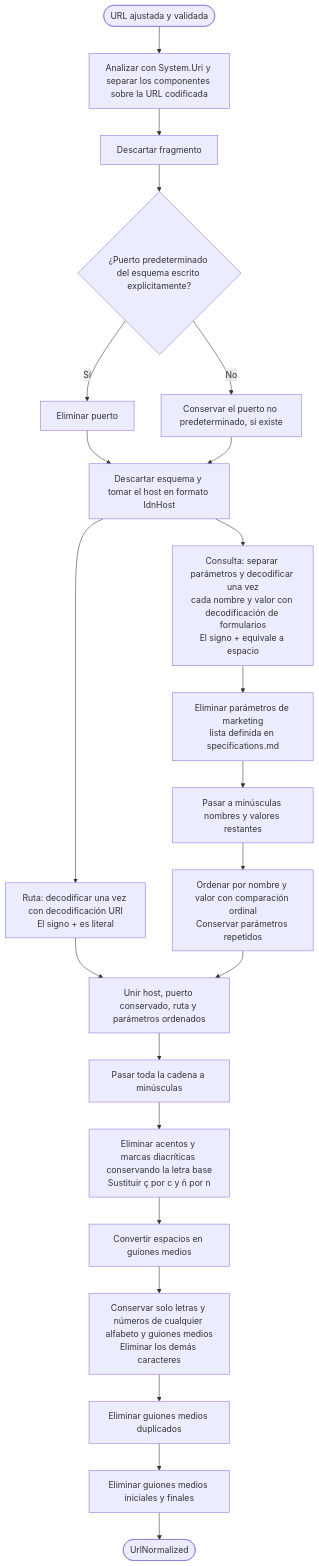
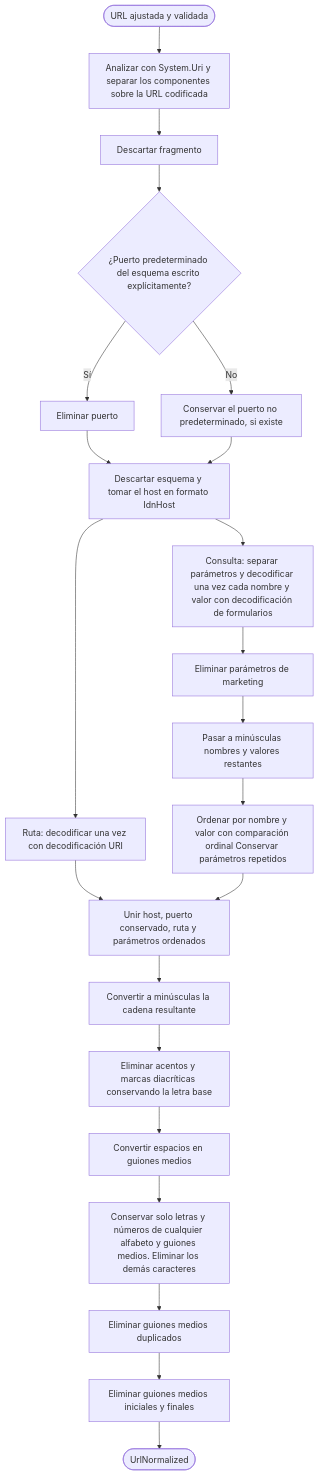
One commit to DaveSoftDev/Linkubator changed the diagram in context/diagrams/process-url-normalization.md. Above: the diagram before and after it, drawn with Mermaid. The commit also changed 29 other files, not shown here.

````diff
--- a/context/diagrams/process-url-normalization.md
+++ b/context/diagrams/process-url-normalization.md
@@ -5,32 +5,32 @@
 ```mermaid
 flowchart TD
     start([URL ajustada y validada])
     parse["Analizar con System.Uri y separar los componentes sobre la URL codificada"]
     fragment["Descartar fragmento"]
     portChoice{"¿Puerto predeterminado del esquema escrito explícitamente?"}
     discardPort["Eliminar puerto"]
     keepPort["Conservar el puerto no predeterminado, si existe"]
     structure["Descartar esquema y tomar el host en formato IdnHost"]
-    path["Ruta: decodificar una vez con decodificación URI<br/>El signo + es literal"]
-    query["Consulta: separar parámetros y decodificar una vez<br/>cada nombre y valor con decodificación de formularios<br/>El signo + equivale a espacio"]
-    removeMarketing["Eliminar parámetros de marketing<br/>lista definida en specifications.md"]
+    path["Ruta: decodificar una vez con decodificación URI"]
+    query["Consulta: separar parámetros y decodificar una vez cada nombre y valor con decodificación de formularios"]
+    removeMarketing["Eliminar parámetros de marketing"]
     lowercaseParams["Pasar a minúsculas nombres y valores restantes"]
-    sortParams["Ordenar por nombre y valor con comparación ordinal<br/>Conservar parámetros repetidos"]
+    sortParams["Ordenar por nombre y valor con comparación ordinal Conservar parámetros repetidos"]
     combine["Unir host, puerto conservado, ruta y parámetros ordenados"]
-    lowercaseAll["Pasar toda la cadena a minúsculas"]
-    accents["Eliminar acentos y marcas diacríticas conservando la letra base<br/>Sustituir ç por c y ñ por n"]
+    lowercaseUrl["Convertir a minúsculas la cadena resultante"]
+    accents["Eliminar acentos y marcas diacríticas conservando la letra base"]
     spaces["Convertir espacios en guiones medios"]
-    allowed["Conservar solo letras y números de cualquier alfabeto y guiones medios<br/>Eliminar los demás caracteres"]
+    allowed["Conservar solo letras y números de cualquier alfabeto y guiones medios. Eliminar los demás caracteres"]
     collapse["Eliminar guiones medios duplicados"]
     trim["Eliminar guiones medios iniciales y finales"]
     result([UrlNormalized])
 
     start --> parse --> fragment --> portChoice
     portChoice -->|Sí| discardPort --> structure
     portChoice -->|No| keepPort --> structure
     structure --> path
     structure --> query
     path --> combine
     query --> removeMarketing --> lowercaseParams --> sortParams --> combine
-    combine --> lowercaseAll --> accents --> spaces --> allowed --> collapse --> trim --> result
+    combine --> lowercaseUrl --> accents --> spaces --> allowed --> collapse --> trim --> result
 ```
````
